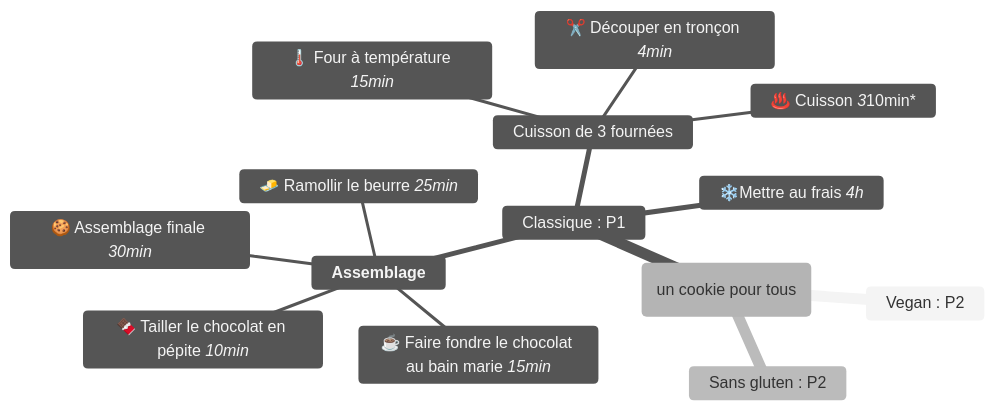
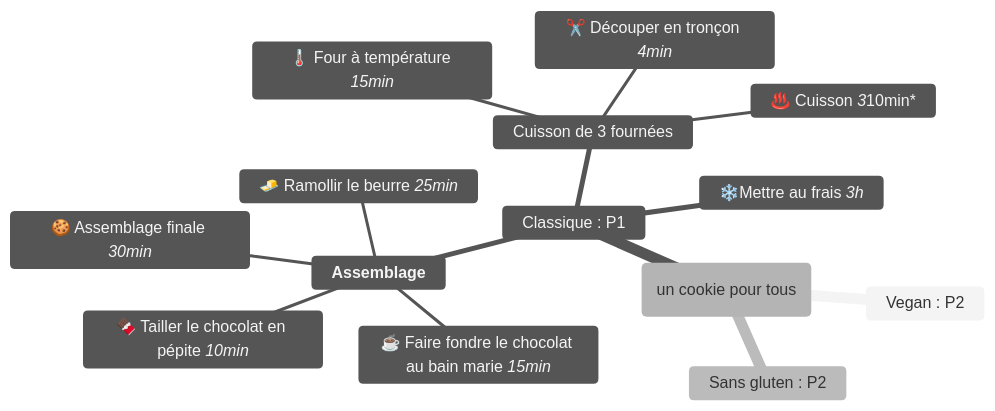
Before and after one commit to malnoe/TpGestionProjet: the first of 5 diagrams in README.md, drawn with Mermaid.

Commit message:
Update README.md
Fix : erreur temps au frais

````diff
--- a/README.md
+++ b/README.md
@@ -70,18 +70,18 @@
 ```mermaid
 %%{init: {'theme':'neutral'}}%%
 mindmap
   root(un cookie pour tous)
     Vegan : P2
     Classique : P1
         **Assemblage**
             🧈 Ramollir le beurre *25min*
             ☕ Faire fondre le chocolat au bain marie *15min*
             🍫 Tailler le chocolat en pépite *10min*
             🍪 Assemblage finale *30min*
-        ❄️Mettre au frais *4h*
+        ❄️Mettre au frais *3h*
         Cuisson de 3 fournées
             🌡️ Four à température *15min*
             ✂️ Découper en tronçon *4min*
             ♨️ Cuisson *3*10min*
     Sans gluten : P2
 ```
````
